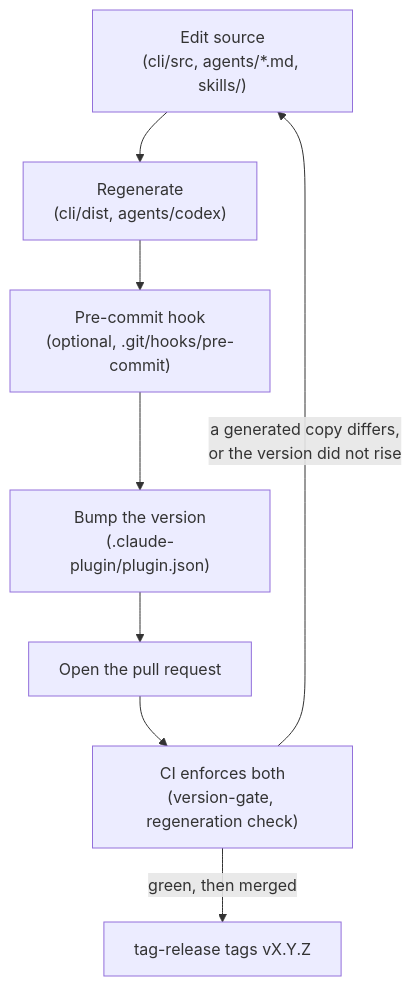
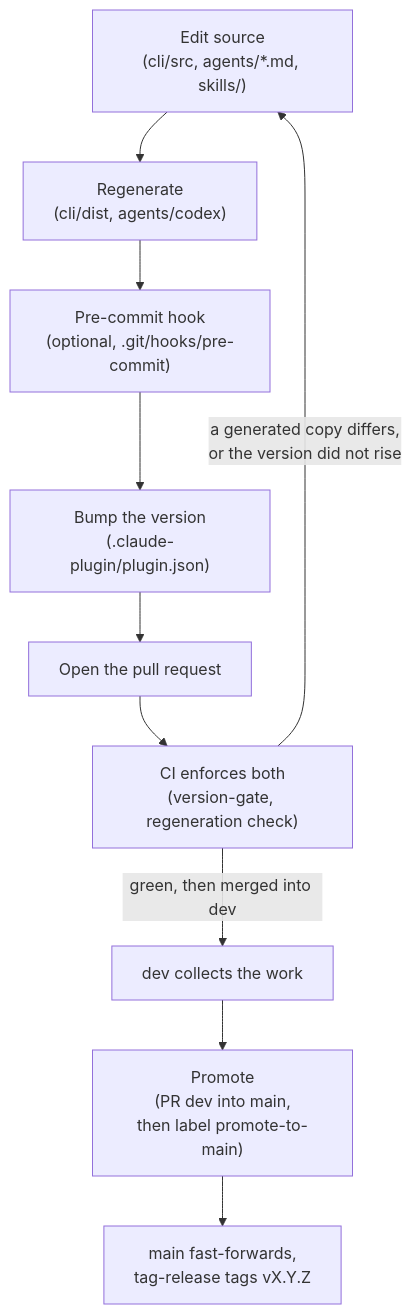
Before and after one commit to ac8318740/spechub: the diagram in CONTRIBUTING.md, drawn with Mermaid. The commit also changed other lines of this file and 6 other files, not shown here.

````diff
--- a/CONTRIBUTING.md
+++ b/CONTRIBUTING.md
@@ -14,10 +14,12 @@
 ```mermaid
 flowchart TD
     S["Edit source<br/>(cli/src, agents/*.md, skills/)"] --> G["Regenerate<br/>(cli/dist, agents/codex)"]
     G --> H["Pre-commit hook<br/>(optional, .git/hooks/pre-commit)"]
     H --> B["Bump the version<br/>(.claude-plugin/plugin.json)"]
     B --> P["Open the pull request"]
     P --> CI["CI enforces both<br/>(version-gate, regeneration check)"]
     CI -->|"a generated copy differs,<br/>or the version did not rise"| S
-    CI -->|"green, then merged"| T["tag-release tags vX.Y.Z"]
+    CI -->|"green, then merged into dev"| D["dev collects the work"]
+    D --> L["Promote<br/>(PR dev into main,<br/>then label promote-to-main)"]
+    L --> T["main fast-forwards,<br/>tag-release tags vX.Y.Z"]
 ```
````
